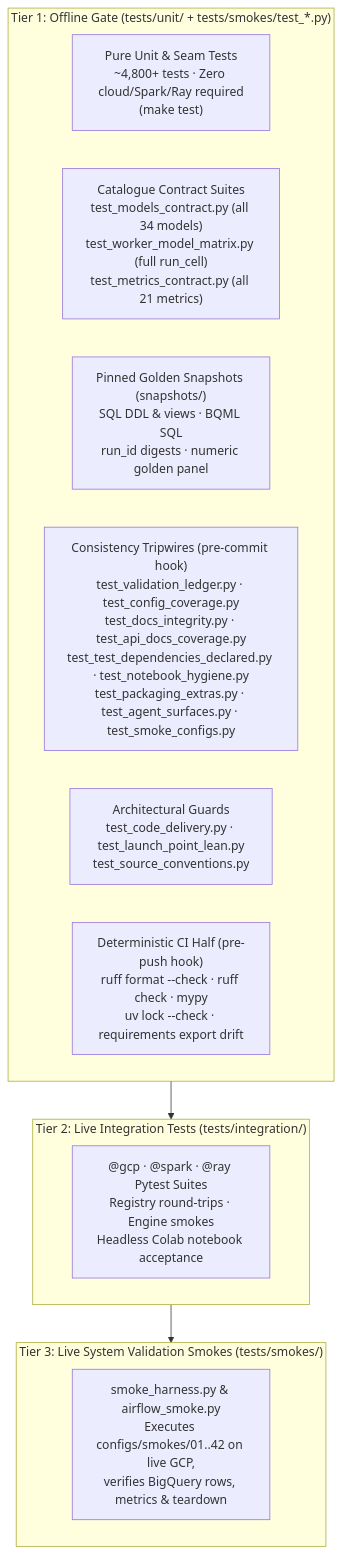
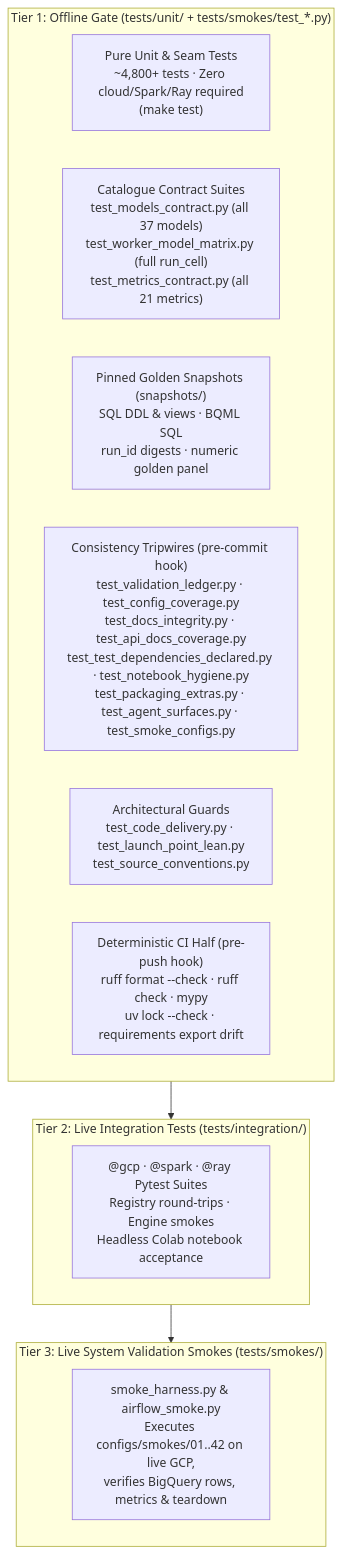
One commit to statmike/scale-forecasting changed the diagram in tests/README.md. Above: the diagram before and after it, drawn with Mermaid. The commit also changed other lines of this file and 70 other files, not shown here.

Commit message:
feat(models): add open-weight foundation model suite (chronos_bolt, chronos2, timesfm_torch) and [models-foundation] extra

````diff
--- a/tests/README.md
+++ b/tests/README.md
@@ -5,22 +5,22 @@
 ```mermaid
 flowchart TB
     subgraph offline["Tier 1: Offline Gate (tests/unit/ + tests/smokes/test_*.py)"]
         direction LR
         unit["Pure Unit & Seam Tests<br/>~4,800+ tests · Zero cloud/Spark/Ray required<br/>(make test)"]
-        contracts["Catalogue Contract Suites<br/>test_models_contract.py (all 34 models)<br/>test_worker_model_matrix.py (full run_cell)<br/>test_metrics_contract.py (all 21 metrics)"]
+        contracts["Catalogue Contract Suites<br/>test_models_contract.py (all 37 models)<br/>test_worker_model_matrix.py (full run_cell)<br/>test_metrics_contract.py (all 21 metrics)"]
         snaps["Pinned Golden Snapshots (snapshots/)<br/>SQL DDL & views · BQML SQL<br/>run_id digests · numeric golden panel"]
         trips["Consistency Tripwires (pre-commit hook)<br/>test_validation_ledger.py · test_config_coverage.py<br/>test_docs_integrity.py · test_api_docs_coverage.py<br/>test_test_dependencies_declared.py · test_notebook_hygiene.py<br/>test_packaging_extras.py · test_agent_surfaces.py · test_smoke_configs.py"]
         guards["Architectural Guards<br/>test_code_delivery.py · test_launch_point_lean.py<br/>test_source_conventions.py"]
         push["Deterministic CI Half (pre-push hook)<br/>ruff format --check · ruff check · mypy<br/>uv lock --check · requirements export drift"]
     end
 
     subgraph integ["Tier 2: Live Integration Tests (tests/integration/)"]
         it["@gcp · @spark · @ray Pytest Suites<br/>Registry round-trips · Engine smokes<br/>Headless Colab notebook acceptance"]
     end
 
     subgraph smokes["Tier 3: Live System Validation Smokes (tests/smokes/)"]
         sh["smoke_harness.py & airflow_smoke.py<br/>Executes configs/smokes/01..42 on live GCP,<br/>verifies BigQuery rows, metrics & teardown"]
     end
 
     offline --> integ --> smokes
 ```
````
